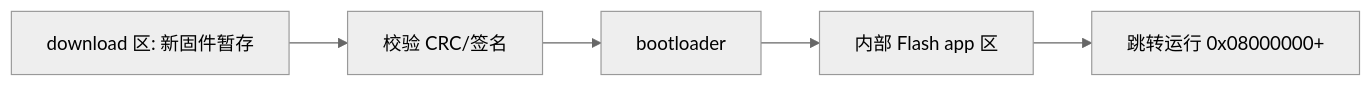
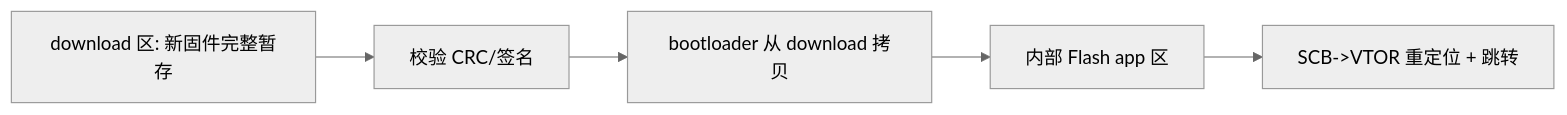
The fifth of 5 diagrams in 开发板/ARM架构/STM32F411CEU6/外部flash中SFUD，FAL，FlashDB,FATFS以及OTA和LVGL资源的统筹方案.md (shuai-yemao/Deep-In-Embedded), drawn with Mermaid (neutral theme) before and after one commit. The commit also changed other lines of this file, not shown here.

````diff
--- a/开发板/ARM架构/STM32F411CEU6/外部flash中SFUD，FAL，FlashDB,FATFS以及OTA和LVGL资源的统筹方案.md
+++ b/开发板/ARM架构/STM32F411CEU6/外部flash中SFUD，FAL，FlashDB,FATFS以及OTA和LVGL资源的统筹方案.md
@@ -62,7 +174,7 @@
 ```mermaid
 flowchart LR
-    Download[download 区: 新固件暂存] --> Verify[校验 CRC/签名]
-    Verify --> Boot[bootloader]
+    Download[download 区: 新固件完整暂存] --> Verify[校验 CRC/签名]
+    Verify --> Boot[bootloader 从 download 拷贝]
     Boot --> App[内部 Flash app 区]
-    App --> Run[跳转运行 0x08000000+]
+    App --> Run[SCB->VTOR 重定位 + 跳转]
 ```
````
